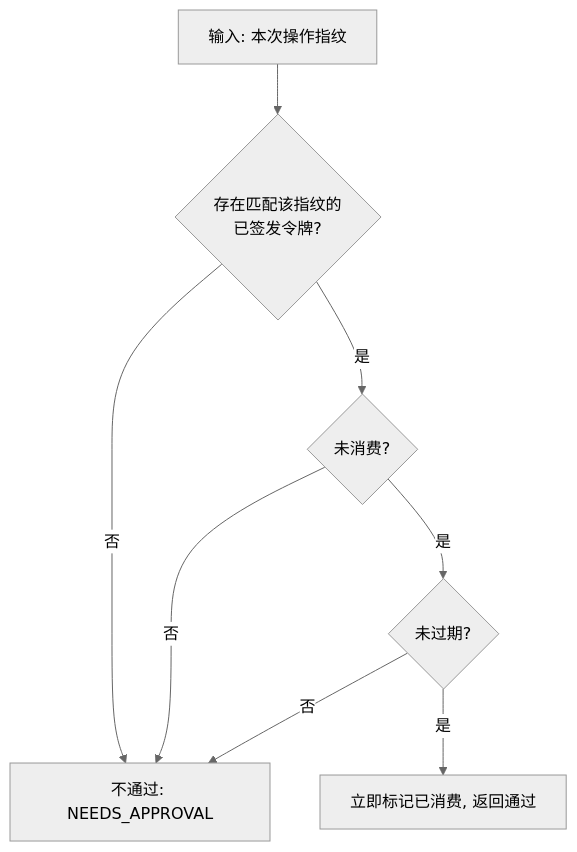
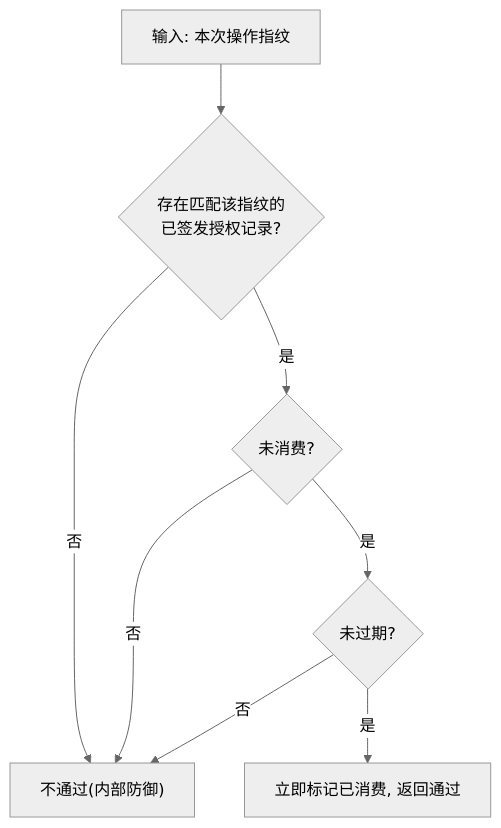
Before and after one commit to Ddfang-sdf/deskpilot: the seventh of 15 diagrams in docs/详细设计说明书.md, drawn with Mermaid (neutral theme). The commit also changed other lines of this file and 26 other files, not shown here.

````diff
--- a/docs/详细设计说明书.md
+++ b/docs/详细设计说明书.md
@@ -597,10 +600,10 @@
 ```mermaid
 flowchart TD
-    A["输入: 本次操作指纹"] --> B{"存在匹配该指纹的<br/>已签发令牌?"}
-    B -->|"否"| R["不通过: NEEDS_APPROVAL"]
+    A["输入: 本次操作指纹"] --> B{"存在匹配该指纹的<br/>已签发授权记录?"}
+    B -->|"否"| R["不通过(内部防御)"]
     B -->|"是"| C{"未消费?"}
     C -->|"否"| R
     C -->|"是"| D{"未过期?"}
     D -->|"否"| R
     D -->|"是"| F["立即标记已消费, 返回通过"]
 ```
````
